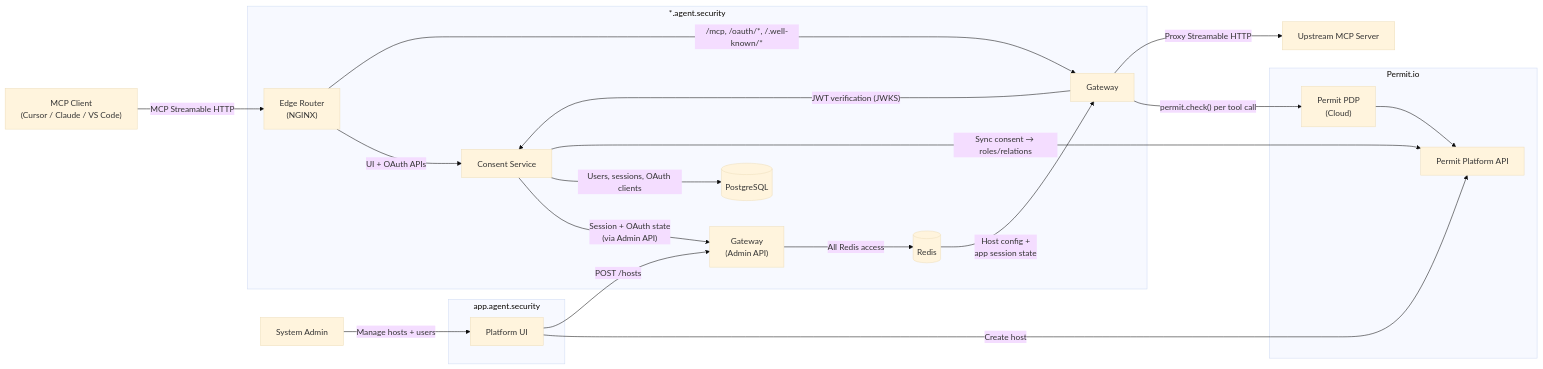
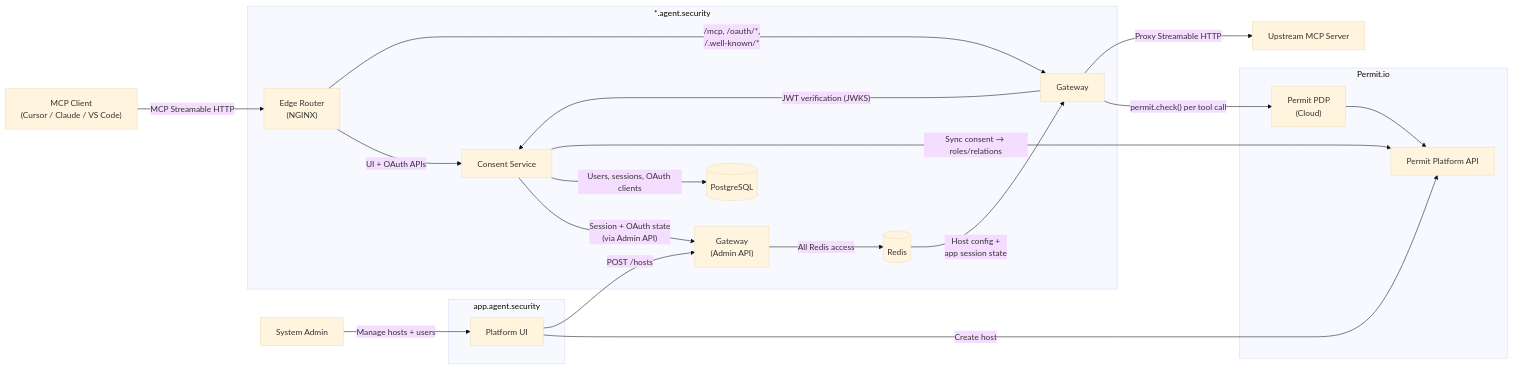
The first of 7 diagrams in docs/permit-mcp-gateway/architecture.mdx (permitio/docs), drawn with Mermaid (base theme) before and after one commit. The commit also changed 1 other file, not shown here.

Commit message:
fix: fix clipped edge label in system architecture diagram
- Add overflow:visible fix for mermaid edgeLabel foreignObject elements
- Split long edge label "/mcp, /oauth/*, /.well-known/*" with line break
  to prevent mermaid from miscalculating the label container size

````diff
--- a/docs/permit-mcp-gateway/architecture.mdx
+++ b/docs/permit-mcp-gateway/architecture.mdx
@@ -27,45 +27,45 @@
 ```mermaid
 flowchart LR
   Client["MCP Client<br/>(Cursor / Claude / VS Code)"]
   Admin["System Admin"]
 
   subgraph Tenant["*.agent.security"]
     Edge["Edge Router<br/>(NGINX)"]
     GW["Gateway"]
     GWAdmin["Gateway<br/>(Admin API)"]
     CS["Consent Service"]
     PG[(PostgreSQL)]
     REDIS[(Redis)]
   end
 
   subgraph Permit["Permit.io"]
     PermitPDP["Permit PDP<br/>(Cloud)"]
     PermitAPI["Permit Platform API"]
     PermitPDP --> PermitAPI
   end
 
   subgraph Platform["app.agent.security"]
     PlatformUI["Platform UI"]
   end
 
   Admin -->|"Manage hosts + users"| PlatformUI
   PlatformUI -->|"Create host"| PermitAPI
   PlatformUI -->|"POST /hosts"| GWAdmin
 
   Client -- "MCP Streamable HTTP" --> Edge
   Edge -- "UI + OAuth APIs" --> CS
-  Edge -- "/mcp, /oauth/*, /.well-known/*" --> GW
+  Edge -- "/mcp, /oauth/*,<br/>/.well-known/*" --> GW
 
   GWAdmin -->|"All Redis access"| REDIS
   CS -->|"Session + OAuth state<br/>(via Admin API)"| GWAdmin
   REDIS -->|"Host config +<br/>app session state"| GW
 
   CS -- "Users, sessions, OAuth clients" --> PG
   GW -- "JWT verification (JWKS)" --> CS
   GW -- "permit.check() per tool call" --> PermitPDP
   CS -->|"Sync consent → roles/relations"| PermitAPI
 
   GW -- "Proxy Streamable HTTP" --> Upstream
 
   Upstream["Upstream MCP Server"]
 ```
````
